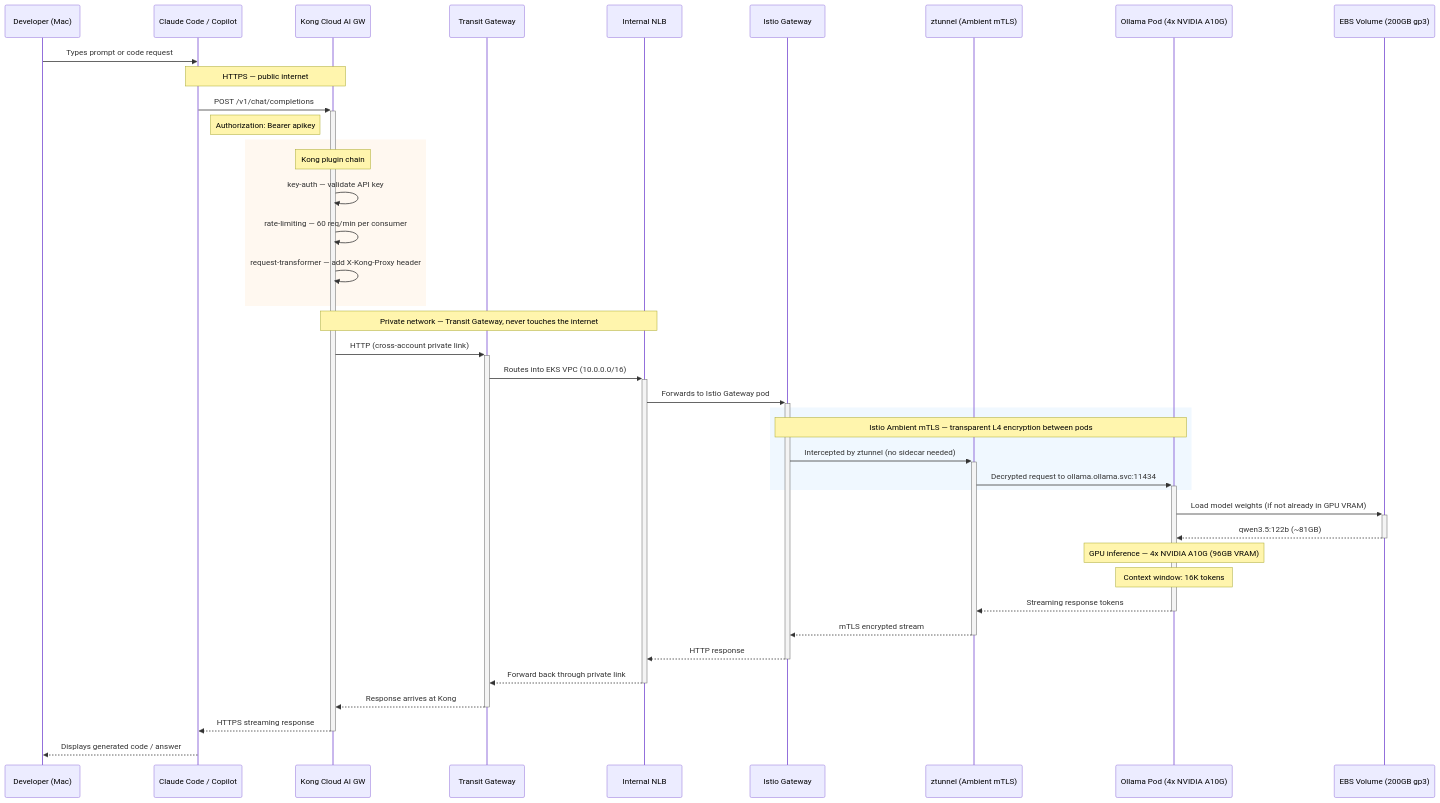
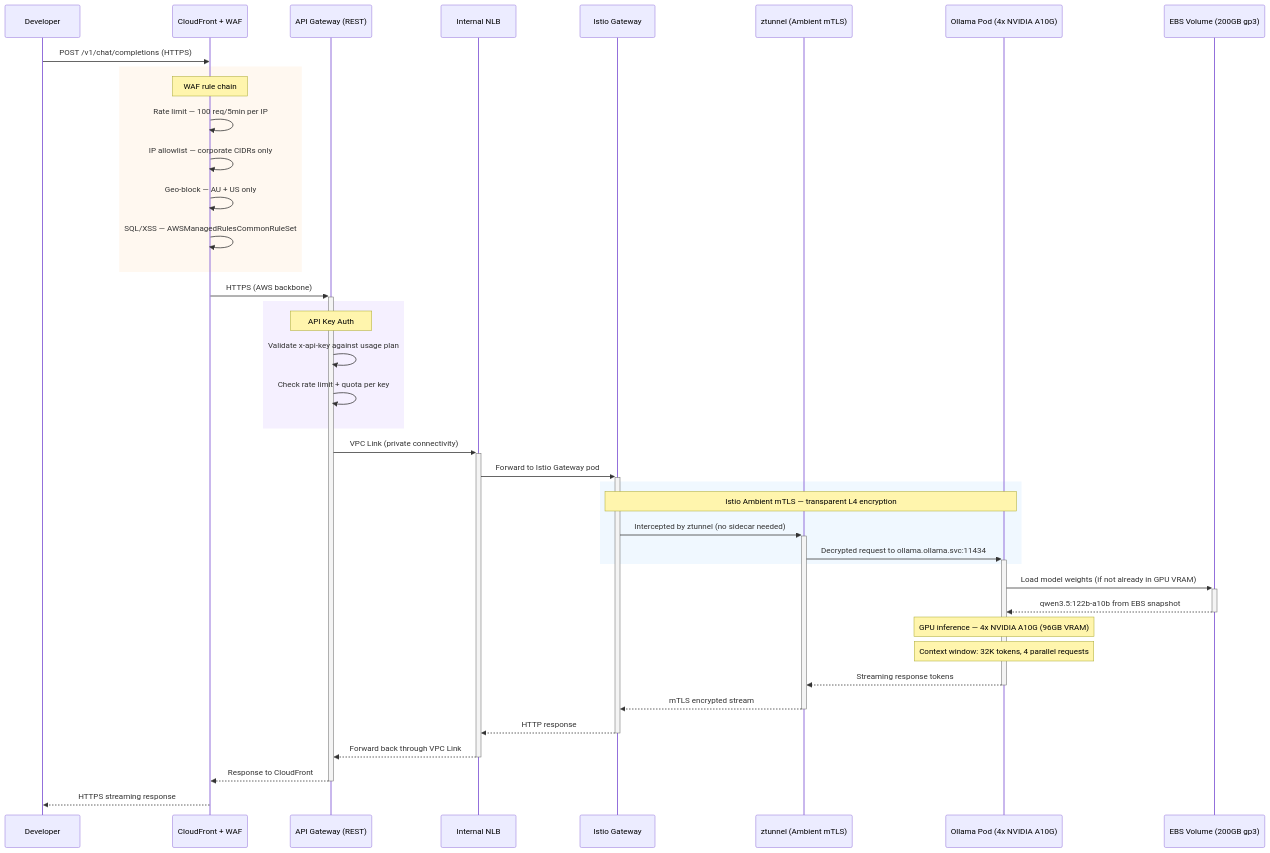
One commit to shanaka-versent/Ollama-on-EKS changed the third of 4 diagrams in README.md. Above: the diagram before and after it, drawn with Mermaid. The commit also changed other lines of this file and 1 other file, not shown here.

````diff
--- a/README.md
+++ b/README.md
@@ -32,50 +204,51 @@
 ```mermaid
 sequenceDiagram
-    participant Dev as Developer (Mac)
-    participant CC as Claude Code / Copilot
-    participant Kong as Kong Cloud AI GW
-    participant TGW as Transit Gateway
+    participant Dev as Developer
+    participant CF as CloudFront + WAF
+    participant APIGW as API Gateway (REST)
     participant NLB as Internal NLB
     participant IGW as Istio Gateway
     participant ZT as ztunnel (Ambient mTLS)
     participant OLM as Ollama Pod (4x NVIDIA A10G)
     participant EBS as EBS Volume (200GB gp3)
 
-    Dev->>CC: Types prompt or code request
-
-    Note over CC,Kong: HTTPS — public internet
-    CC->>+Kong: POST /v1/chat/completions
-    Note right of CC: Authorization: Bearer apikey
+    Dev->>CF: POST /v1/chat/completions (HTTPS)
 
     rect rgb(255, 248, 240)
-        Note over Kong: Kong plugin chain
-        Kong->>Kong: key-auth — validate API key
-        Kong->>Kong: rate-limiting — 60 req/min per consumer
-        Kong->>Kong: request-transformer — add X-Kong-Proxy header
+        Note over CF: WAF rule chain
+        CF->>CF: Rate limit — 100 req/5min per IP
+        CF->>CF: IP allowlist — corporate CIDRs only
+        CF->>CF: Geo-block — AU + US only
+        CF->>CF: SQL/XSS — AWSManagedRulesCommonRuleSet
     end
 
-    Note over Kong,NLB: Private network — Transit Gateway, never touches the internet
-    Kong->>+TGW: HTTP (cross-account private link)
-    TGW->>+NLB: Routes into EKS VPC (10.0.0.0/16)
-    NLB->>+IGW: Forwards to Istio Gateway pod
+    CF->>+APIGW: HTTPS (AWS backbone)
+
+    rect rgb(245, 240, 255)
+        Note over APIGW: API Key Auth
+        APIGW->>APIGW: Validate x-api-key against usage plan
+        APIGW->>APIGW: Check rate limit + quota per key
+    end
+
+    APIGW->>+NLB: VPC Link (private connectivity)
+    NLB->>+IGW: Forward to Istio Gateway pod
 
     rect rgb(240, 248, 255)
-        Note over IGW,OLM: Istio Ambient mTLS — transparent L4 encryption between pods
+        Note over IGW,OLM: Istio Ambient mTLS — transparent L4 encryption
         IGW->>+ZT: Intercepted by ztunnel (no sidecar needed)
         ZT->>+OLM: Decrypted request to ollama.ollama.svc:11434
     end
 
     OLM->>+EBS: Load model weights (if not already in GPU VRAM)
-    EBS-->>-OLM: qwen3.5:122b (~81GB)
+    EBS-->>-OLM: qwen3.5:122b-a10b from EBS snapshot
 
     Note over OLM: GPU inference — 4x NVIDIA A10G (96GB VRAM)
-    Note over OLM: Context window: 16K tokens
+    Note over OLM: Context window: 32K tokens, 4 parallel requests
 
     OLM-->>-ZT: Streaming response tokens
     ZT-->>-IGW: mTLS encrypted stream
     IGW-->>-NLB: HTTP response
-    NLB-->>-TGW: Forward back through private link
-    TGW-->>-Kong: Response arrives at Kong
-    Kong-->>-CC: HTTPS streaming response
-    CC-->>Dev: Displays generated code / answer
+    NLB-->>-APIGW: Forward back through VPC Link
+    APIGW-->>-CF: Response to CloudFront
+    CF-->>Dev: HTTPS streaming response
 ```
````
